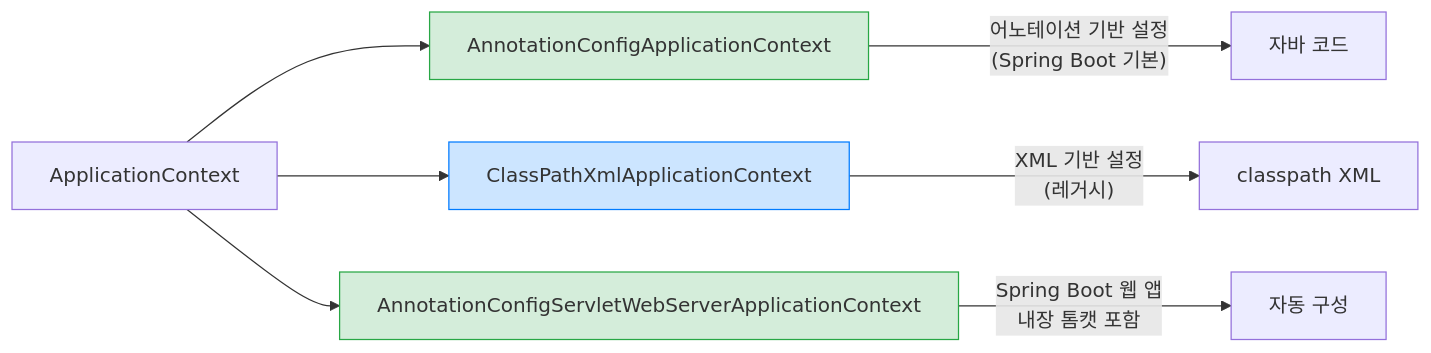
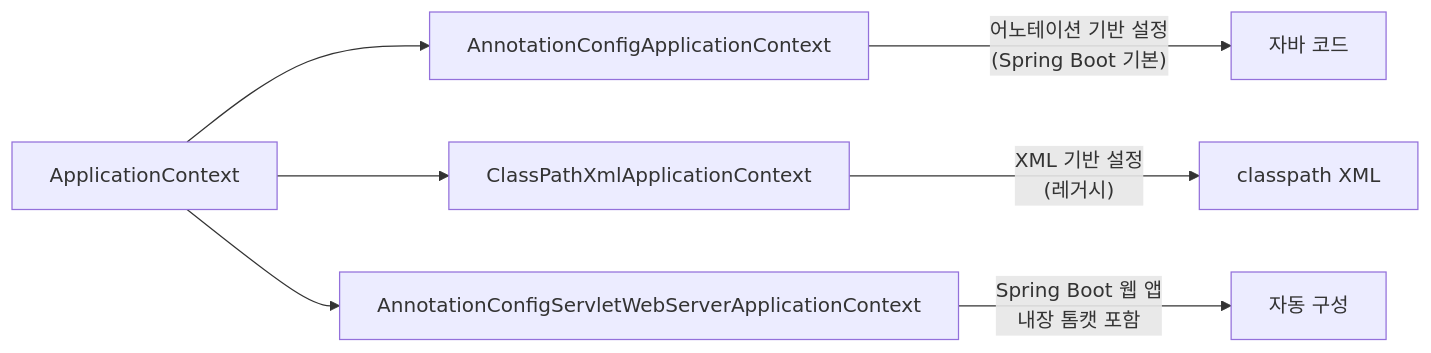
One commit to yjkim2015/yjkim2015.github.io changed the third of 13 diagrams in _posts/spring/2026-05-02-spring-core-basic.md. Above: the diagram before and after it, drawn with Mermaid. The commit also changed other lines of this file and 215 other files, not shown here.

First line of the commit message:
신규 포스트 10개 추가 + Mermaid 전면 축소 + SystemDesign 시리즈 보강

````diff
--- a/_posts/spring/2026-05-02-spring-core-basic.md
+++ b/_posts/spring/2026-05-02-spring-core-basic.md
@@ -181,15 +133,9 @@
 ```mermaid
 graph LR
     A[ApplicationContext] --> B[AnnotationConfigApplicationContext]
     A --> C[ClassPathXmlApplicationContext]
     A --> F[AnnotationConfigServletWebServerApplicationContext]
-
     B -->|"어노테이션 기반 설정\n(Spring Boot 기본)"| G["자바 코드"]
     C -->|"XML 기반 설정\n(레거시)"| H[classpath XML]
     F -->|"Spring Boot 웹 앱\n내장 톰캣 포함"| I["자동 구성"]
-
-    classDef blue fill:#cce5ff,stroke:#007bff
-    classDef green fill:#d4edda,stroke:#28a745
-    class B,F green
-    class C blue
 ```
````
